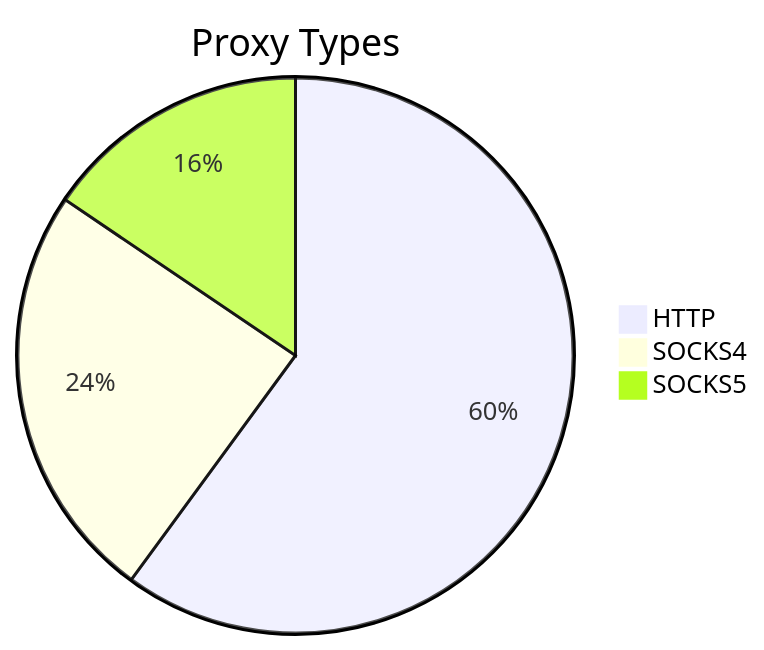
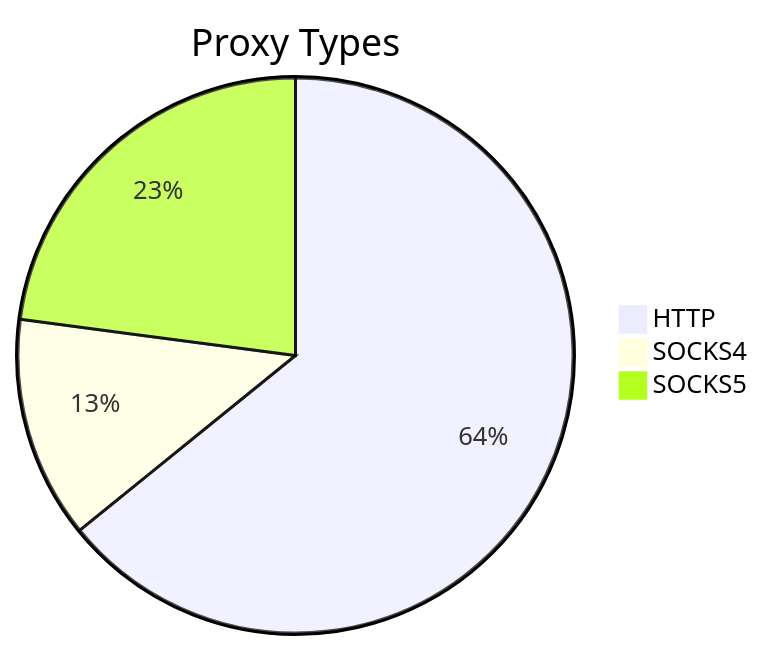
Before and after one commit to stormsia/proxy-list: the first of 2 diagrams in README.md, drawn with Mermaid. The commit also changed other lines of this file, not shown here.

````diff
--- a/README.md
+++ b/README.md
@@ -21,6 +21,6 @@
 ```mermaid
 pie title Proxy Types
-    "HTTP" : 379
-    "SOCKS4" : 154
-    "SOCKS5" : 98
+    "HTTP" : 154
+    "SOCKS4" : 31
+    "SOCKS5" : 55
 ```
````
